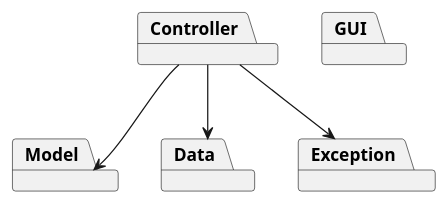
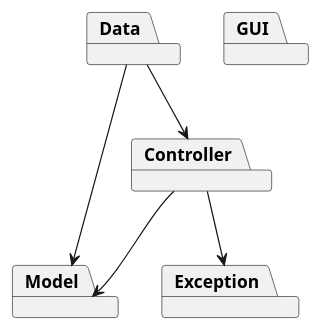
Before and after one commit to MatteoBattilana/EzShop: the first of 5 diagrams in Deliverables/DesignDocument.md, drawn with PlantUML. The commit also changed other lines of this file and 1 other file, not shown here.

````diff
--- a/Deliverables/DesignDocument.md
+++ b/Deliverables/DesignDocument.md
@@ -65,11 +65,12 @@
 ```plantuml
 package Controller
 package Model
 package Data
 package Exception
 package GUI
 
 Controller --> Model
-Controller --> Data
+Data --> Controller
+Data --> Model
 Controller --> Exception
 ```
````
